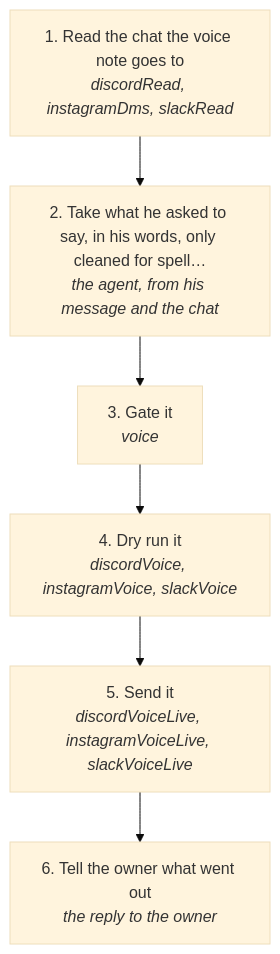
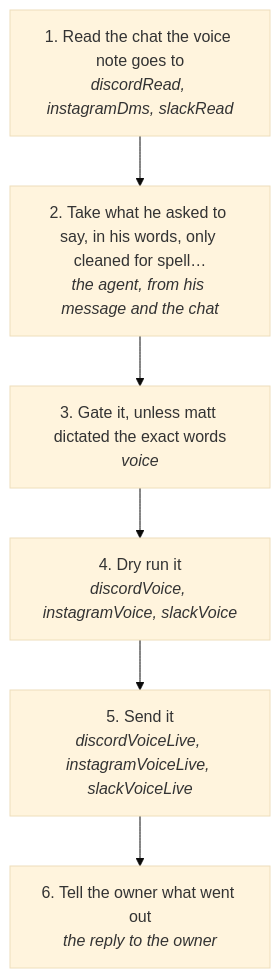
The diagram in docs/useCases/inbox/voiceNote.md (matthewdonsemail-lab/log), drawn with Mermaid (base theme) before and after one commit. The commit also changed other lines of this file and 20 other files, not shown here.

Commit message:
feat: --mattsWords sends matt's dictated voice note words past the gate's read (rule 144), and X lists read past X's suggestions

````diff
--- a/docs/useCases/inbox/voiceNote.md
+++ b/docs/useCases/inbox/voiceNote.md
@@ -14,14 +14,14 @@
 ```mermaid
 flowchart TD
   s0["1. Read the chat the voice note goes to<br/><i>discordRead, instagramDms, slackRead</i>"]
   s1["2. Take what he asked to say, in his words, only cleaned for spell…<br/><i>the agent, from his message and the chat</i>"]
-  s2["3. Gate it<br/><i>voice</i>"]
+  s2["3. Gate it, unless matt dictated the exact words<br/><i>voice</i>"]
   s3["4. Dry run it<br/><i>discordVoice, instagramVoice, slackVoice</i>"]
   s4["5. Send it<br/><i>discordVoiceLive, instagramVoiceLive, slackVoiceLive</i>"]
   s5["6. Tell the owner what went out<br/><i>the reply to the owner</i>"]
   s0 --> s1
   s1 --> s2
   s2 --> s3
   s3 --> s4
   s4 --> s5
 ```
````
